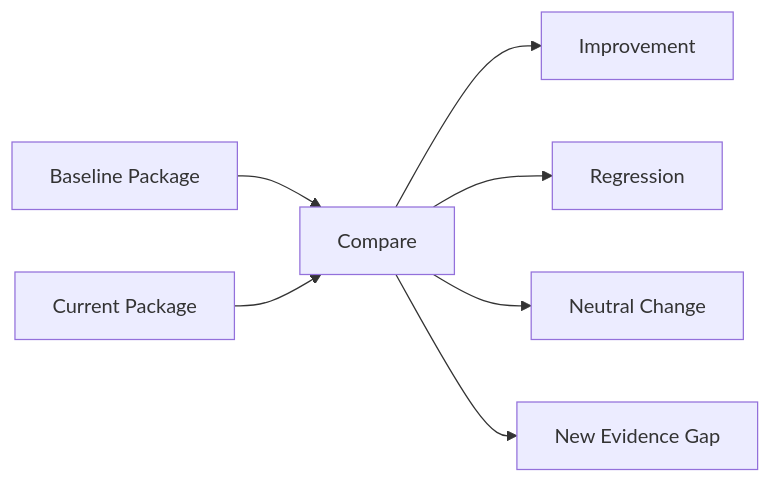
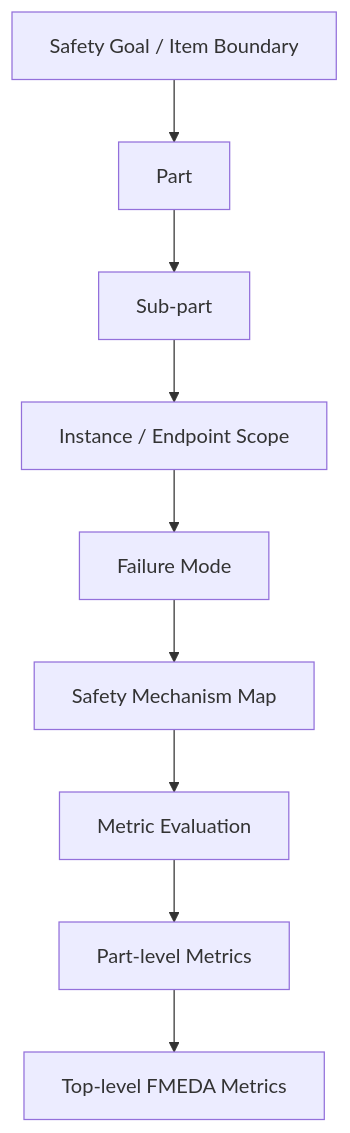
Before and after one commit to qiqixixi1001/automotive-safeic-practice: the second of 7 diagrams in articles/16_automotive_safeic_practice_d16_github_en_regression_and_trend_tracking.md, drawn with Mermaid. The commit also changed other lines of this file, not shown here.

````diff
--- a/articles/16_automotive_safeic_practice_d16_github_en_regression_and_trend_tracking.md
+++ b/articles/16_automotive_safeic_practice_d16_github_en_regression_and_trend_tracking.md
@@ -245,9 +110,11 @@
 ```mermaid
-flowchart LR
-    A[Baseline Package] --> C[Compare]
-    B[Current Package] --> C
-    C --> D[Improvement]
-    C --> E[Regression]
-    C --> F[Neutral Change]
-    C --> G[New Evidence Gap]
+flowchart TD
+    A[Safety Goal / Item Boundary] --> B[Part]
+    B --> C[Sub-part]
+    C --> D[Instance / Endpoint Scope]
+    D --> E[Failure Mode]
+    E --> F[Safety Mechanism Map]
+    F --> G[Metric Evaluation]
+    G --> H[Part-level Metrics]
+    H --> I[Top-level FMEDA Metrics]
 ```
````
